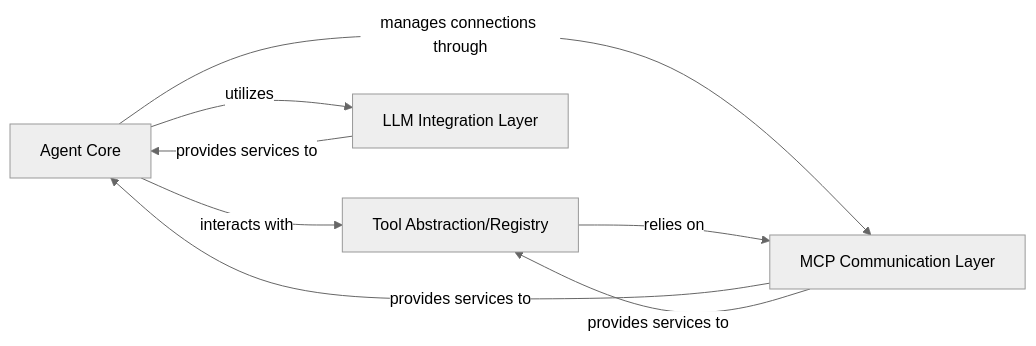
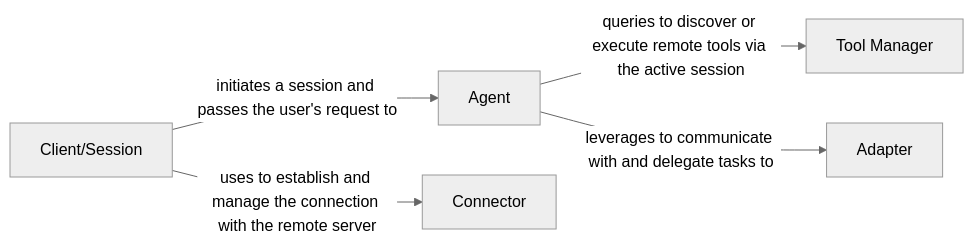
Before and after one commit to CodeBoarding/GeneratedOnBoardings: the diagram in mcp-use/on_boarding.md, drawn with Mermaid (neutral theme). The commit also changed other lines of this file and 7 other files, not shown here.

````diff
--- a/mcp-use/on_boarding.md
+++ b/mcp-use/on_boarding.md
@@ -1,18 +1,15 @@
 ```mermaid
 graph LR
-    Agent_Core["Agent Core"]
-    MCP_Communication_Layer["MCP Communication Layer"]
-    Tool_Abstraction_Registry["Tool Abstraction/Registry"]
-    LLM_Integration_Layer["LLM Integration Layer"]
-    Agent_Core -- "utilizes" --> LLM_Integration_Layer
-    Agent_Core -- "interacts with" --> Tool_Abstraction_Registry
-    Agent_Core -- "manages connections through" --> MCP_Communication_Layer
-    MCP_Communication_Layer -- "provides services to" --> Agent_Core
-    MCP_Communication_Layer -- "provides services to" --> Tool_Abstraction_Registry
-    Tool_Abstraction_Registry -- "relies on" --> MCP_Communication_Layer
-    LLM_Integration_Layer -- "provides services to" --> Agent_Core
-    click Agent_Core href "https://github.com/CodeBoarding/GeneratedOnBoardings/blob/main/mcp-use/Agent_Core.md" "Details"
-    click MCP_Communication_Layer href "https://github.com/CodeBoarding/GeneratedOnBoardings/blob/main/mcp-use/MCP_Communication_Layer.md" "Details"
-    click Tool_Abstraction_Registry href "https://github.com/CodeBoarding/GeneratedOnBoardings/blob/main/mcp-use/Tool_Abstraction_Registry.md" "Details"
-    click LLM_Integration_Layer href "https://github.com/CodeBoarding/GeneratedOnBoardings/blob/main/mcp-use/LLM_Integration_Layer.md" "Details"
+    Client_Session["Client/Session"]
+    Agent["Agent"]
+    Adapter["Adapter"]
+    Tool_Manager["Tool Manager"]
+    Connector["Connector"]
+    Client_Session -- "initiates a session and passes the user's request to" --> Agent
+    Client_Session -- "uses to establish and manage the connection with the remote server" --> Connector
+    Agent -- "queries to discover or execute remote tools via the active session" --> Tool_Manager
+    Agent -- "leverages to communicate with and delegate tasks to" --> Adapter
+    click Agent href "https://github.com/CodeBoarding/GeneratedOnBoardings/blob/main/mcp-use/Agent.md" "Details"
+    click Tool_Manager href "https://github.com/CodeBoarding/GeneratedOnBoardings/blob/main/mcp-use/Tool_Manager.md" "Details"
+    click Connector href "https://github.com/CodeBoarding/GeneratedOnBoardings/blob/main/mcp-use/Connector.md" "Details"
 ```
````
